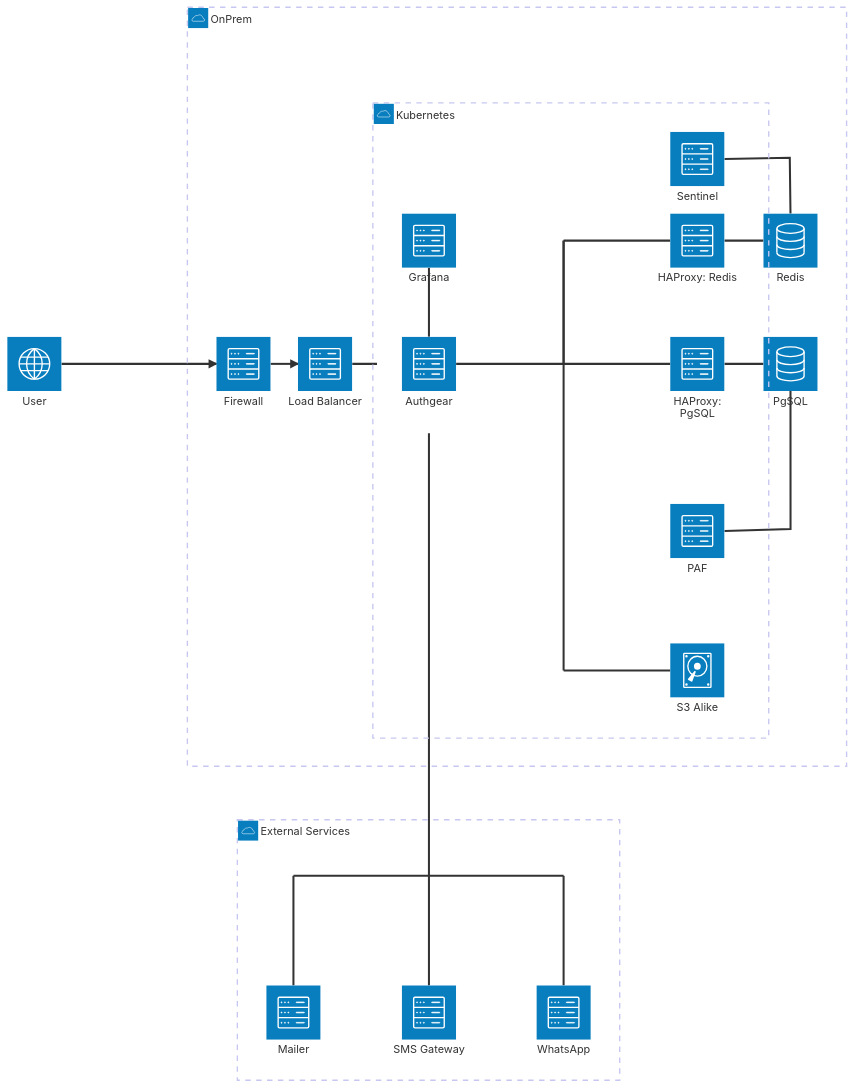
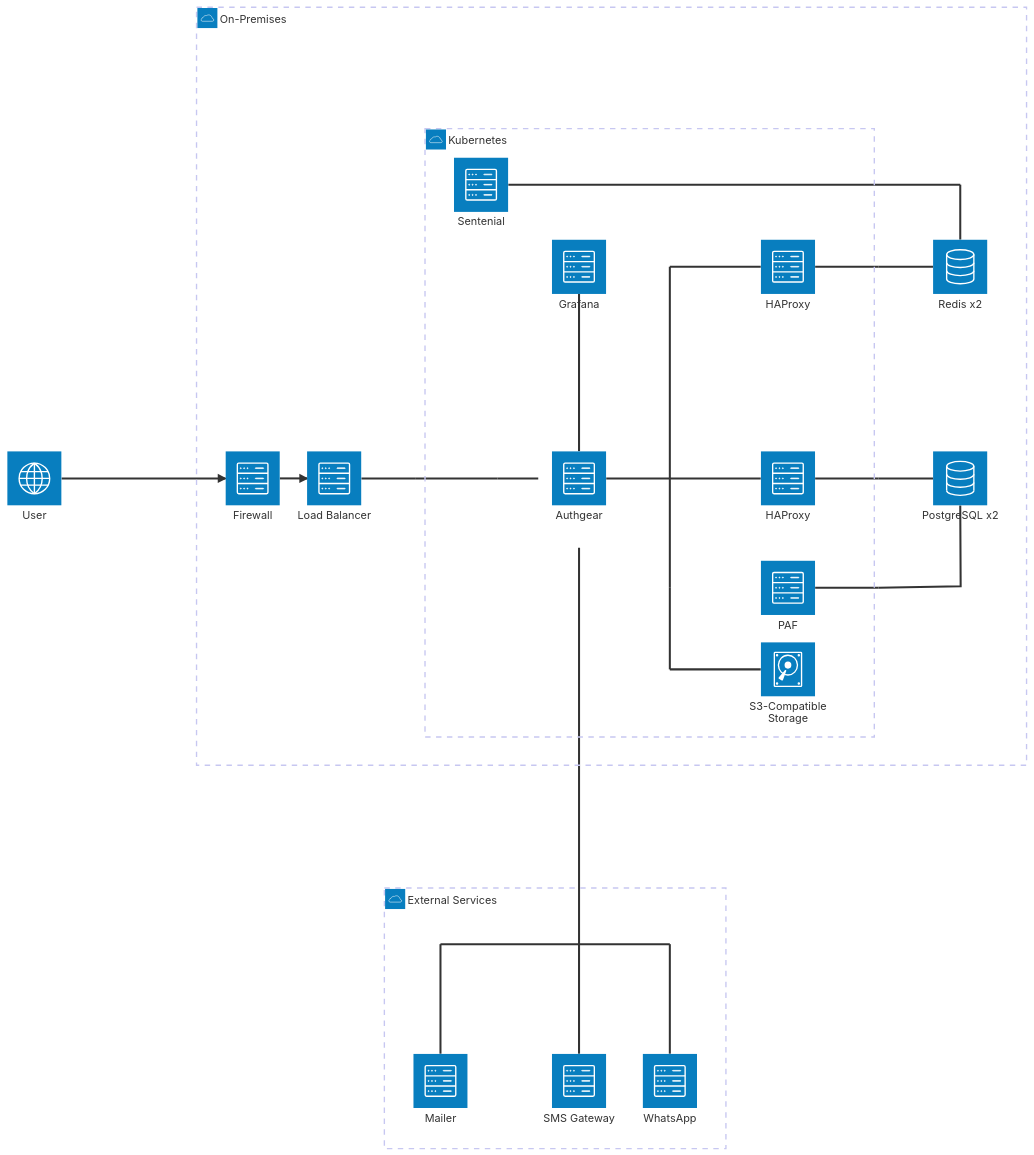
Before and after one commit to authgear/docs: the diagram in deployment/architecture-guides/on-premises-reference-architecture.md, drawn with Mermaid.

Commit message:
GITBOOK-508: Update on-prem architecture diagram

````diff
--- a/deployment/architecture-guides/on-premises-reference-architecture.md
+++ b/deployment/architecture-guides/on-premises-reference-architecture.md
@@ -7,64 +7,73 @@
 ```mermaid
 architecture-beta
   service user(internet)[User]
-  group OnPrem(cloud)[OnPrem]
+  group OnPrem(cloud)["On-Premises"]
     service firewall(server)[Firewall] in OnPrem
     service lb(server)[Load Balancer] in OnPrem
-    service db(database)[PgSQL] in OnPrem
-    service redis(database)[Redis] in OnPrem
-
+    service db(database)["PostgreSQL x2"] in OnPrem
+    service redis(database)["Redis x2"] in OnPrem
     junction j_k8s_out in OnPrem
     junction j_db in OnPrem
+    junction j_db2 in OnPrem
+    junction j_db3 in OnPrem
     junction j_redis in OnPrem
+    junction j_redis_t in OnPrem
+    junction j_lb in OnPrem
+    junction j_lb2 in OnPrem
 
   group Kubernetes(cloud)[Kubernetes] in OnPrem
     service authgear(server)[Authgear] in Kubernetes
     service grafana(server)[Grafana] in Kubernetes
-    service s3(disk)[S3 Alike] in Kubernetes
-    service sentinel(server)[Sentinel] in Kubernetes
-    service haproxy_redis(server)["HAProxy: Redis"] in Kubernetes
+    service s3(disk)["S3-Compatible Storage"] in Kubernetes
     service paf(server)[PAF] in Kubernetes
-    service haproxy_db(server)["HAProxy: PgSQL"] in Kubernetes
+    service haproxy_db(server)[HAProxy] in Kubernetes
+    service haproxy_redis(server)[HAProxy] in Kubernetes
+    service sentenial(server)[Sentenial] in Kubernetes
     junction j_authgear in Kubernetes
     junction j_s3 in Kubernetes
     junction j_s3b in Kubernetes
     junction j_haproxy_redis in Kubernetes
-    junction j_haproxy_db in Kubernetes
 
   group External(cloud)[External Services]
     service mailer(server)[Mailer] in External
-    service sms(server)[SMS Gateway] in External
-    service whatsapp(server)[WhatsApp] in External
+    service sms(server)["SMS Gateway"] in External
+    service whatsapp(server)["WhatsApp"] in External
     junction j_mailer in External
     junction j_sms in External
     junction j_whatsapp in External
 
   user:R --> L:firewall
   firewall:R --> L:lb
-  lb:R -- L:authgear{group}
+  lb:R -- L:j_lb
+  j_lb:R -- L:j_lb2
+  j_lb2:R -- L:authgear{group}
 
   j_s3:B -- T:j_s3b
   j_s3b:R -- L:s3
-  j_haproxy_redis:R -- L:haproxy_redis
-  j_haproxy_db:R -- L:haproxy_db
 
   authgear:T -- B:grafana
 
   authgear:R -- L:j_authgear
   j_authgear:T -- B:j_haproxy_redis
-  j_haproxy_redis:B -- T:j_haproxy_db
-  j_haproxy_db:B -- T:j_s3
-  sentinel:R -- T:redis
-  paf:R -- B:db
+  j_haproxy_redis:R -- L:haproxy_redis
+  haproxy_redis:R -- L:j_redis
+  j_redis:R -- L:redis
+  j_authgear:R -- L:haproxy_db
+  haproxy_db:R -- L:j_db2
+  j_db2:R -- L:db
+  paf:R -- L:j_db3
+  j_db3:R -- B:db
 
-  haproxy_redis:R -- L:redis
-  haproxy_db:R -- L:db
+  j_authgear:B -- T:j_s3
+  sentenial:R -- L:j_redis_t
+  j_redis_t:B -- T:redis
+
 
   j_mailer:B -- T:mailer
   j_sms:B -- T:sms
   j_whatsapp:B -- T:whatsapp
   j_mailer:R -- L:j_sms
   j_sms:R -- L:j_whatsapp
 
   authgear{group}:B -- T:j_sms
 ```
````
